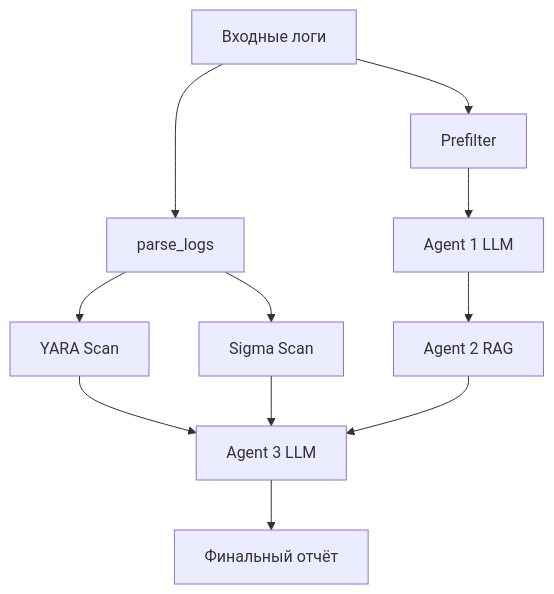
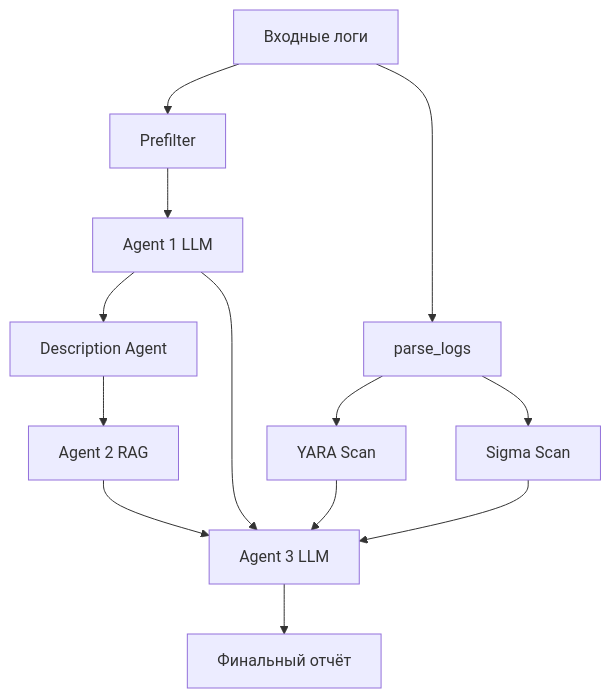
Before and after one commit to axstiz/AI-CyberLogAgent: the diagram in README.md, drawn with Mermaid. The commit also changed other lines of this file and 4 other files, not shown here.

````diff
--- a/README.md
+++ b/README.md
@@ -63,13 +63,15 @@
 ```mermaid
 flowchart TD
     A[Входные логи] --> PF[Prefilter]
     A --> PL[parse_logs]
     PF --> A1[Agent 1 LLM]
-    A1 --> A2[Agent 2 RAG]
+    A1 --> DA[Description Agent]
+    A1 --> A3
+    DA --> A2[Agent 2 RAG]
     PL --> Y[YARA Scan]
     PL --> S[Sigma Scan]
     Y --> A3
     S --> A3
     A2 --> A3[Agent 3 LLM]
     A3 --> R[Финальный отчёт]
 ```
````
